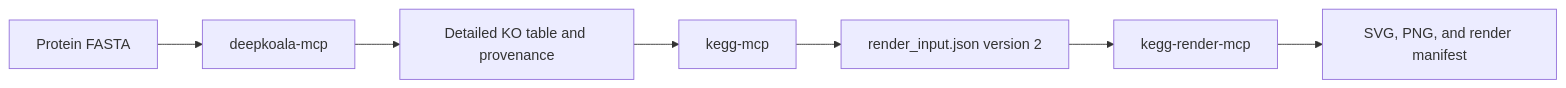
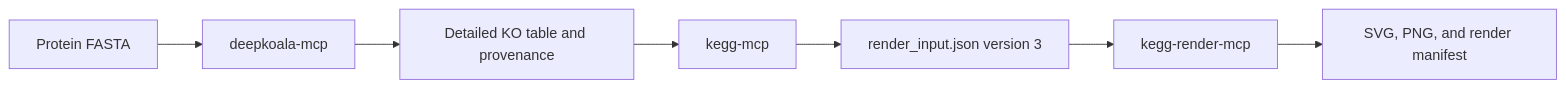
One commit to zhaoxi120/kegg_mcp changed the diagram in docs/visualization-extension-plan.md. Above: the diagram before and after it, drawn with Mermaid. The commit also changed other lines of this file and 70 other files, not shown here.

````diff
--- a/docs/visualization-extension-plan.md
+++ b/docs/visualization-extension-plan.md
@@ -27,9 +29,9 @@
 ```mermaid
 flowchart LR
     FASTA["Protein FASTA"] --> DK["deepkoala-mcp"]
     DK --> EVIDENCE["Detailed KO table and provenance"]
     EVIDENCE --> CORE["kegg-mcp"]
-    CORE --> HANDOFF["render_input.json version 2"]
+    CORE --> HANDOFF["render_input.json version 3"]
     HANDOFF --> RENDER["kegg-render-mcp"]
     RENDER --> ARTIFACTS["SVG, PNG, and render manifest"]
 ```
````
